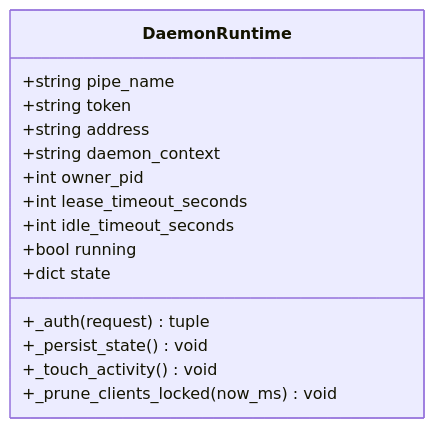
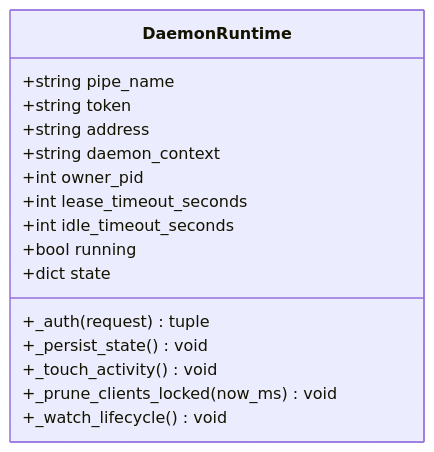
Before and after one commit to haolange/RDC-Tool: the fifth of 11 diagrams in .qoder/repowiki/zh/content/守护进程架构/进程管理.md, drawn with Mermaid. The commit also changed other lines of this file and 4 other files, not shown here.

````diff
--- a/.qoder/repowiki/zh/content/守护进程架构/进程管理.md
+++ b/.qoder/repowiki/zh/content/守护进程架构/进程管理.md
@@ -155,18 +257,19 @@
 ```mermaid
 classDiagram
 class DaemonRuntime {
 +string pipe_name
 +string token
 +string address
 +string daemon_context
 +int owner_pid
 +int lease_timeout_seconds
 +int idle_timeout_seconds
 +bool running
 +dict state
 +_auth(request) tuple
 +_persist_state() void
 +_touch_activity() void
 +_prune_clients_locked(now_ms) void
++_watch_lifecycle() void
 }
 ```
````
